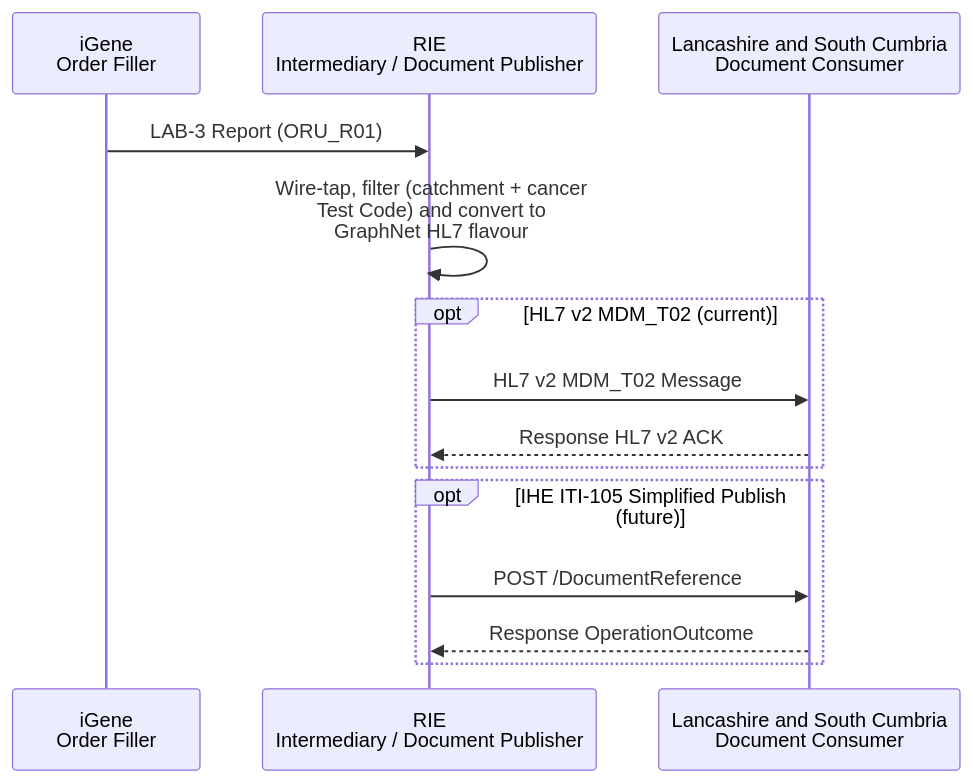
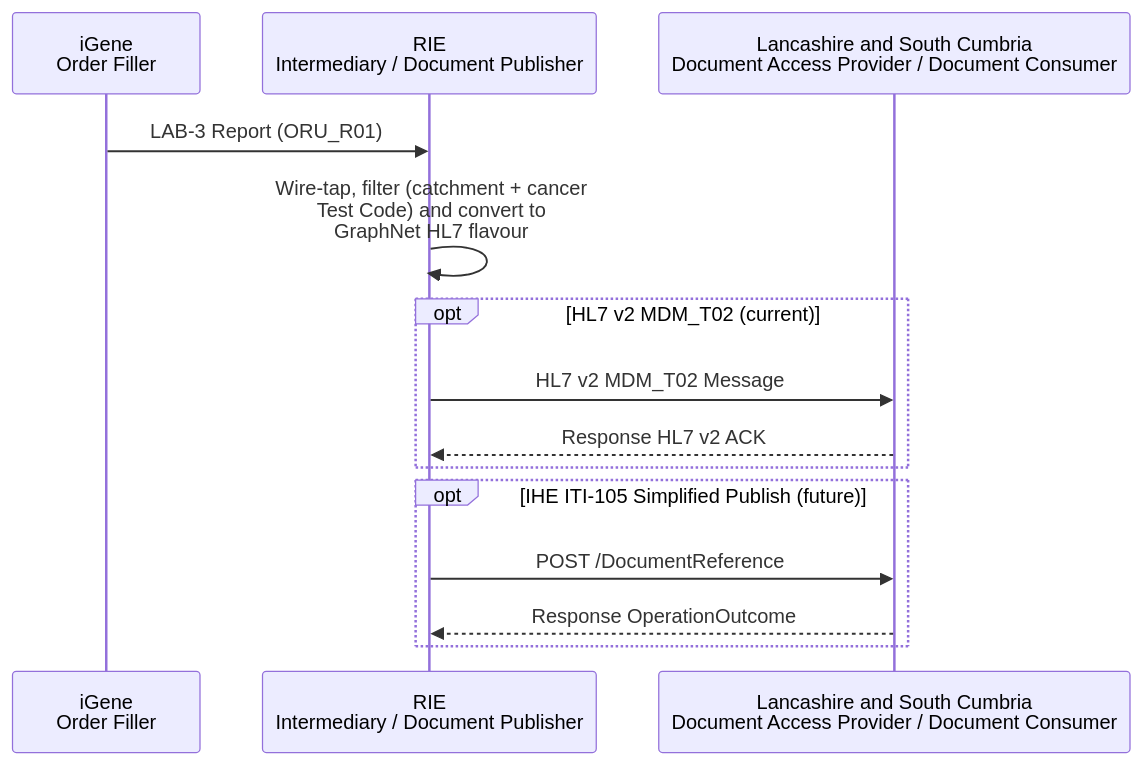
The fourth of 5 diagrams in input/pagecontent/RegionalSharedCareRecords.md (nw-gmsa/nw-gmsa.github.com), drawn with Mermaid before and after one commit. The commit also changed other lines of this file and 1 other file, not shown here.

First line of the commit message:
Class GMCR/LSC as Document Access Provider; fix ctDNAUGR report flow

````diff
--- a/input/pagecontent/RegionalSharedCareRecords.md
+++ b/input/pagecontent/RegionalSharedCareRecords.md
@@ -127,17 +126,17 @@
 ```mermaid
 sequenceDiagram
     participant iGene as iGene<br/>Order Filler
     participant RIE as RIE<br/>Intermediary / Document Publisher
-    participant GMCR as Lancashire and South Cumbria<br/>Document Consumer
+    participant GMCR as Lancashire and South Cumbria<br/>Document Access Provider / Document Consumer
 
     iGene ->> RIE: LAB-3 Report (ORU_R01)
     RIE ->> RIE: Wire-tap, filter (catchment + cancer<br/>Test Code) and convert to<br/>GraphNet HL7 flavour
     opt HL7 v2 MDM_T02 (current)
         RIE ->> GMCR: HL7 v2 MDM_T02 Message
         GMCR -->> RIE: Response HL7 v2 ACK
     end
     opt IHE ITI-105 Simplified Publish (future)
         RIE ->> GMCR: POST /DocumentReference
         GMCR -->> RIE: Response OperationOutcome
     end
 ```
````
